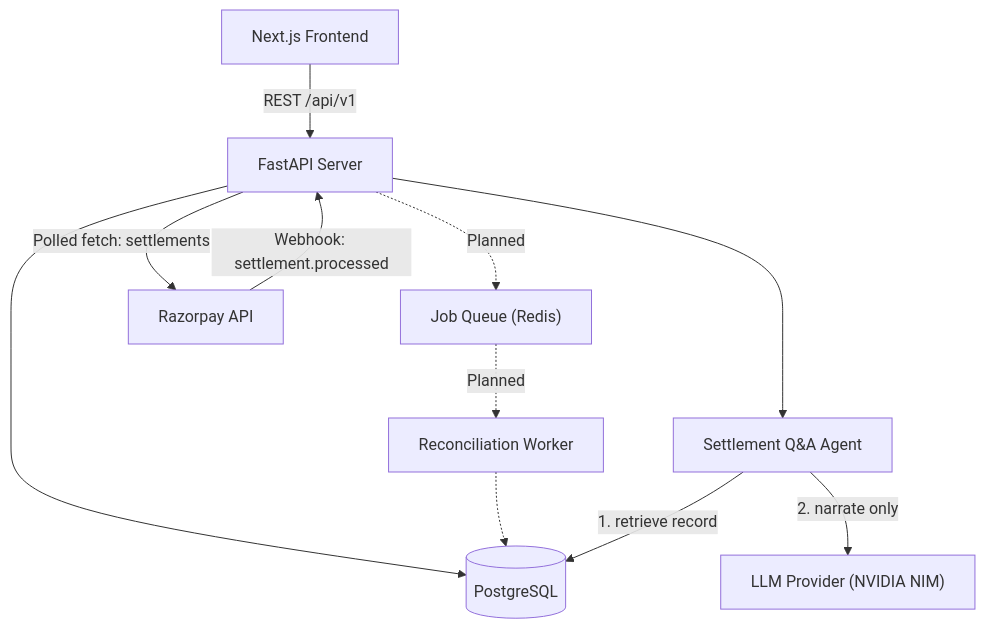
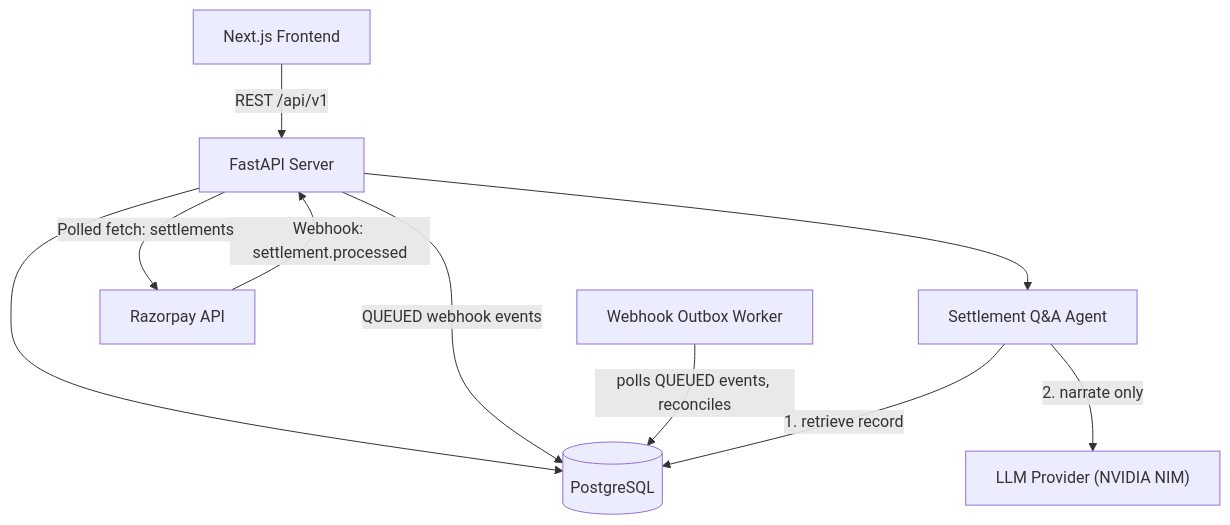
One commit to AkshayHaldar/ReconGrid-AI changed the first of 4 diagrams in SYSTEM-DESIGN.md. Above: the diagram before and after it, drawn with Mermaid. The commit also changed other lines of this file and 4 other files, not shown here.

First line of the commit message:
chore(docker): worker service in compose + docs for the outbox and batch lock

````diff
--- a/SYSTEM-DESIGN.md
+++ b/SYSTEM-DESIGN.md
@@ -35,13 +35,12 @@
 ```mermaid
 flowchart TB
     FE["Next.js Frontend"] -->|REST /api/v1| API["FastAPI Server"]
     API --> DB[(PostgreSQL)]
-    API -.->|Planned| Q["Job Queue (Redis)"]
-    Q -.->|Planned| Worker["Reconciliation Worker"]
-    Worker -.-> DB
+    API -->|QUEUED webhook events| DB
+    Worker["Webhook Outbox Worker"] -->|polls QUEUED events, reconciles| DB
     RZP["Razorpay API"] -->|Webhook: settlement.processed| API
     API -->|Polled fetch: settlements| RZP
     API --> QA["Settlement Q&A Agent"]
     QA -->|1. retrieve record| DB
     QA -->|2. narrate only| LLM["LLM Provider (NVIDIA NIM)"]
 ```
````
